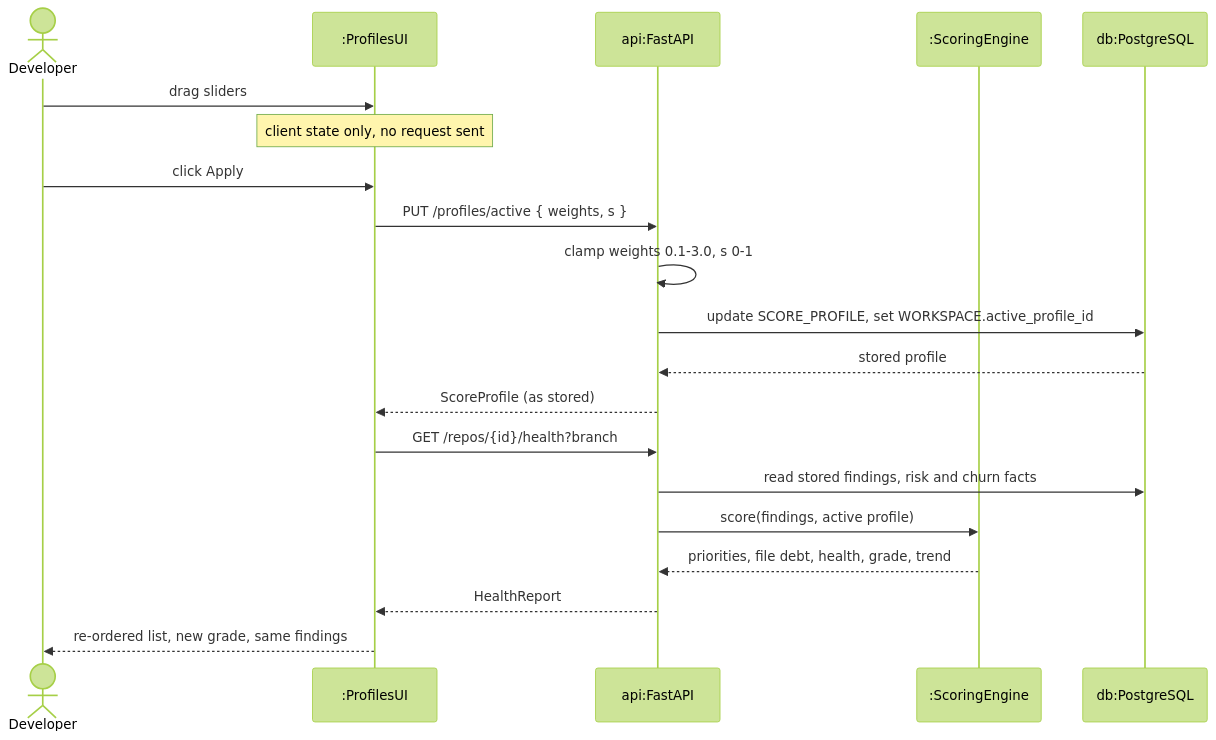
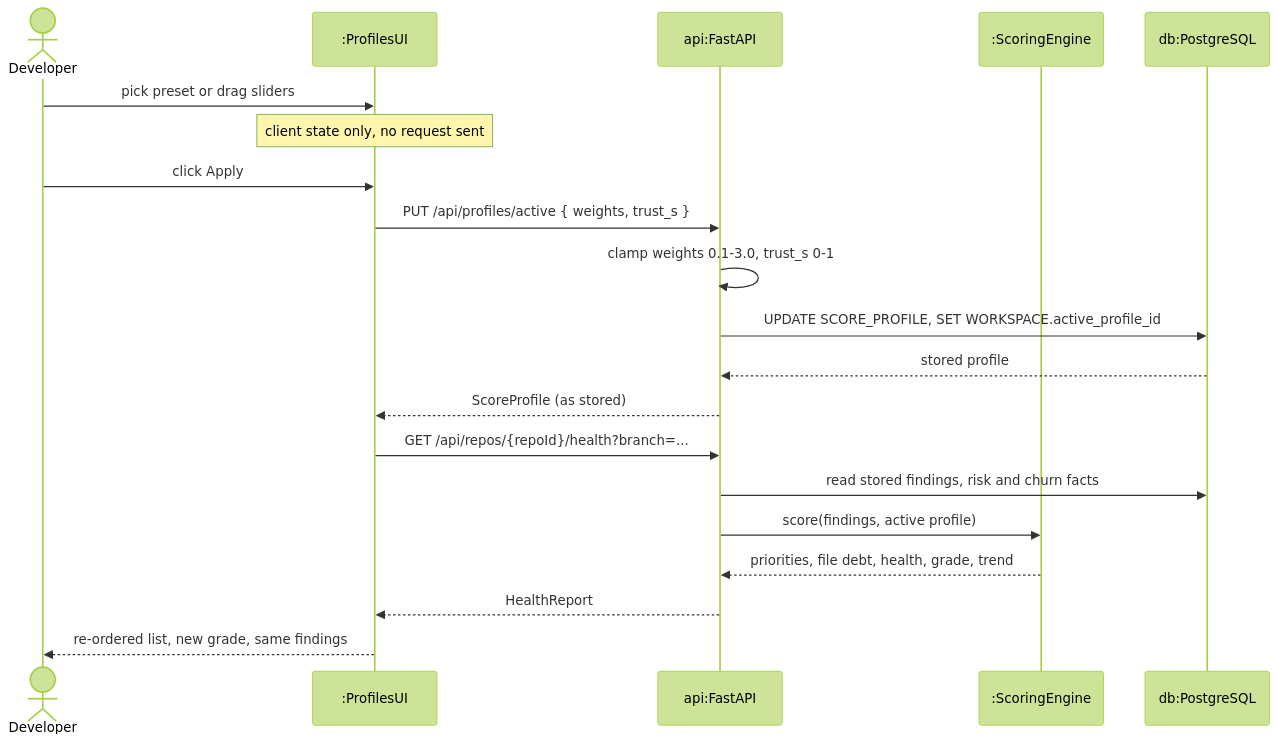
The sixth of 9 diagrams in docs/Deliverables/Software_Architecture_Document.md (JPabasara/CodeSage-AI), drawn with Mermaid (forest theme) before and after one commit. The commit also changed other lines of this file, not shown here.

Commit message:
docs: change scan activity diagram independent calls to both ML

````diff
--- a/docs/Deliverables/Software_Architecture_Document.md
+++ b/docs/Deliverables/Software_Architecture_Document.md
@@ -415,23 +532,23 @@
 ```mermaid
 sequenceDiagram
     actor Dev as Developer
     participant UI as :ProfilesUI
     participant API as api:FastAPI
     participant SS as :ScoringEngine
     participant DB as db:PostgreSQL
 
-    Dev->>UI: drag sliders
+    Dev->>UI: pick preset or drag sliders
     Note over UI: client state only, no request sent
     Dev->>UI: click Apply
-    UI->>API: PUT /profiles/active { weights, s }
-    API->>API: clamp weights 0.1-3.0, s 0-1
-    API->>DB: update SCORE_PROFILE, set WORKSPACE.active_profile_id
+    UI->>API: PUT /api/profiles/active { weights, trust_s }
+    API->>API: clamp weights 0.1-3.0, trust_s 0-1
+    API->>DB: UPDATE SCORE_PROFILE, SET WORKSPACE.active_profile_id
     DB-->>API: stored profile
     API-->>UI: ScoreProfile (as stored)
-    UI->>API: GET /repos/{id}/health?branch
+    UI->>API: GET /api/repos/{repoId}/health?branch=...
     API->>DB: read stored findings, risk and churn facts
     API->>SS: score(findings, active profile)
     SS-->>API: priorities, file debt, health, grade, trend
     API-->>UI: HealthReport
     UI-->>Dev: re-ordered list, new grade, same findings
 ```
````
